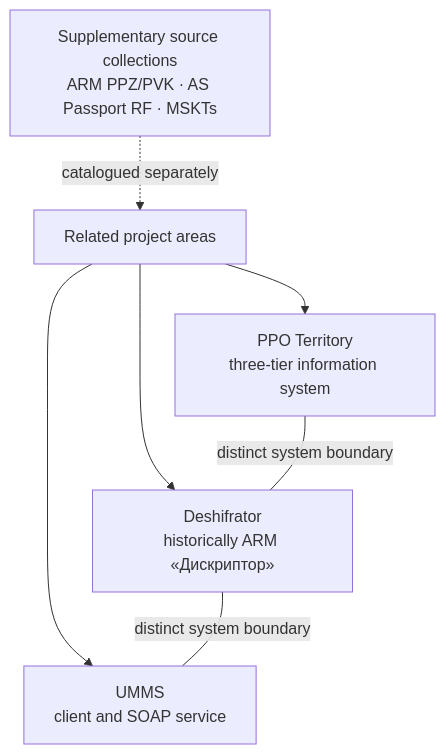
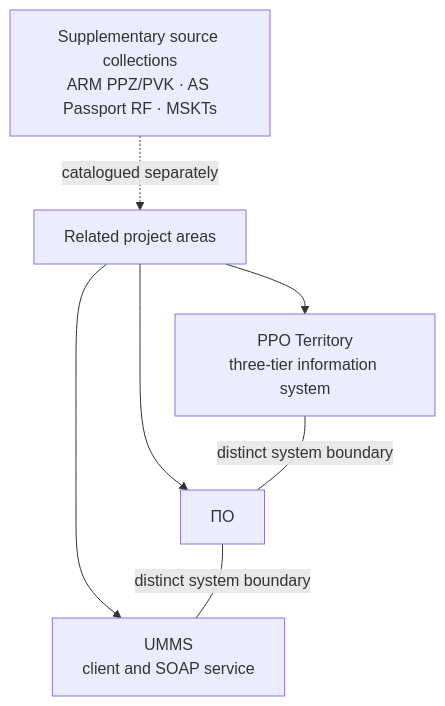
Before and after one commit to ekatmoz88-alt/territory-descriptor-unified: the first of 10 diagrams in materials/architecture/README.md, drawn with Mermaid. The commit also changed other lines of this file, not shown here.

````diff
--- a/materials/architecture/README.md
+++ b/materials/architecture/README.md
@@ -28,14 +28,14 @@
 ```mermaid
 flowchart TB
   PROJECT["Related project areas"]
   TERR["PPO Territory<br/>three-tier information system"]
-  DESH["Deshifrator<br/>historically ARM «Дискриптор»"]
+  DESH["ПО"]
   UMMS["UMMS<br/>client and SOAP service"]
   SUP["Supplementary source collections<br/>ARM PPZ/PVK · AS Passport RF · MSKTs"]
   PROJECT --> TERR
   PROJECT --> DESH
   PROJECT --> UMMS
   SUP -. "catalogued separately" .-> PROJECT
   TERR ---|"distinct system boundary"| DESH
   DESH ---|"distinct system boundary"| UMMS
 ```
````
